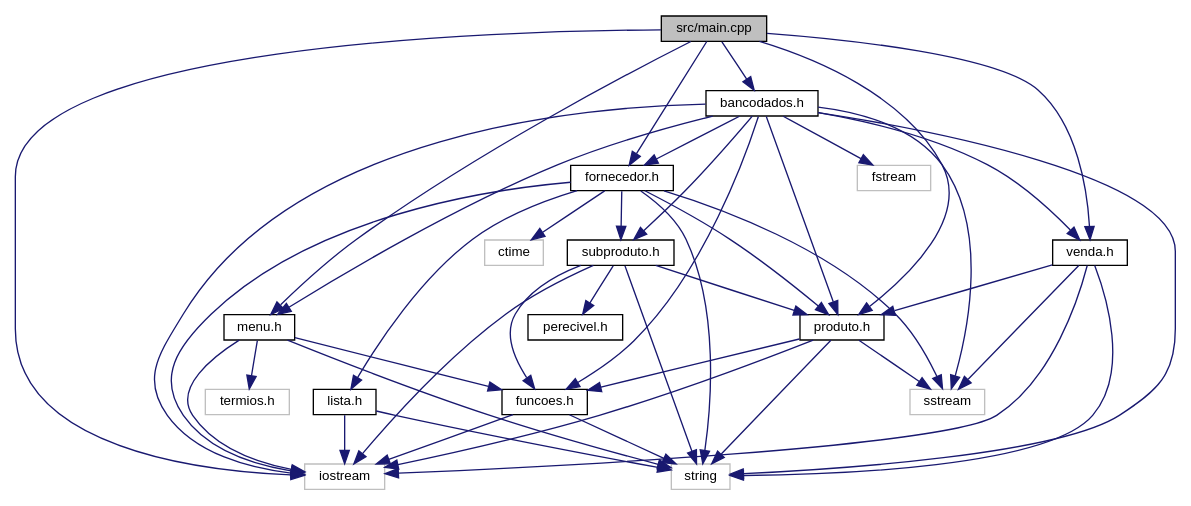
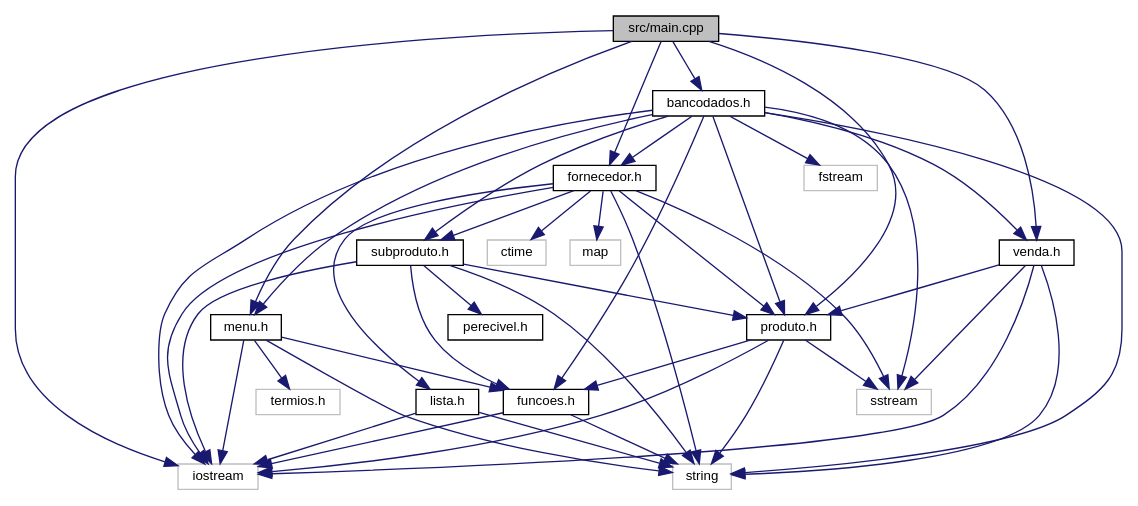
Before and after one commit to EduardoRique/Projeto3-lp1: the diagram in doc/main_8cpp__incl.dot, drawn with Graphviz. The commit also changed 101 other files, not shown here.

```diff
--- a/doc/main_8cpp__incl.dot
+++ b/doc/main_8cpp__incl.dot
@@ -1,65 +1,67 @@
 digraph "src/main.cpp"
 {
   edge [fontname="Helvetica",fontsize="10",labelfontname="Helvetica",labelfontsize="10"];
   node [fontname="Helvetica",fontsize="10",shape=record];
   Node1 [label="src/main.cpp",height=0.2,width=0.4,color="black", fillcolor="grey75", style="filled" fontcolor="black"];
   Node1 -> Node2 [color="midnightblue",fontsize="10",style="solid",fontname="Helvetica"];
   Node2 [label="iostream",height=0.2,width=0.4,color="grey75", fillcolor="white", style="filled"];
   Node1 -> Node3 [color="midnightblue",fontsize="10",style="solid",fontname="Helvetica"];
   Node3 [label="produto.h",height=0.2,width=0.4,color="black", fillcolor="white", style="filled",URL="$produto_8h.html",tooltip="Definição da classe Produto. "];
   Node3 -> Node2 [color="midnightblue",fontsize="10",style="solid",fontname="Helvetica"];
   Node3 -> Node4 [color="midnightblue",fontsize="10",style="solid",fontname="Helvetica"];
   Node4 [label="string",height=0.2,width=0.4,color="grey75", fillcolor="white", style="filled"];
   Node3 -> Node5 [color="midnightblue",fontsize="10",style="solid",fontname="Helvetica"];
   Node5 [label="sstream",height=0.2,width=0.4,color="grey75", fillcolor="white", style="filled"];
   Node3 -> Node6 [color="midnightblue",fontsize="10",style="solid",fontname="Helvetica"];
   Node6 [label="funcoes.h",height=0.2,width=0.4,color="black", fillcolor="white", style="filled",URL="$funcoes_8h.html",tooltip="Arquivo de cabeçalho com a definição de funções auxiliares para a entrada de dados. "];
   Node6 -> Node2 [color="midnightblue",fontsize="10",style="solid",fontname="Helvetica"];
   Node6 -> Node4 [color="midnightblue",fontsize="10",style="solid",fontname="Helvetica"];
   Node1 -> Node7 [color="midnightblue",fontsize="10",style="solid",fontname="Helvetica"];
   Node7 [label="fornecedor.h",height=0.2,width=0.4,color="black", fillcolor="white", style="filled",URL="$fornecedor_8h.html",tooltip="Definição da classe Fornecedor. "];
   Node7 -> Node2 [color="midnightblue",fontsize="10",style="solid",fontname="Helvetica"];
   Node7 -> Node8 [color="midnightblue",fontsize="10",style="solid",fontname="Helvetica"];
   Node8 [label="ctime",height=0.2,width=0.4,color="grey75", fillcolor="white", style="filled"];
+  Node7 -> Node9 [color="midnightblue",fontsize="10",style="solid",fontname="Helvetica"];
+  Node9 [label="map",height=0.2,width=0.4,color="grey75", fillcolor="white", style="filled"];
   Node7 -> Node4 [color="midnightblue",fontsize="10",style="solid",fontname="Helvetica"];
   Node7 -> Node5 [color="midnightblue",fontsize="10",style="solid",fontname="Helvetica"];
   Node7 -> Node3 [color="midnightblue",fontsize="10",style="solid",fontname="Helvetica"];
-  Node7 -> Node9 [color="midnightblue",fontsize="10",style="solid",fontname="Helvetica"];
-  Node9 [label="subproduto.h",height=0.2,width=0.4,color="black", fillcolor="white", style="filled",URL="$subproduto_8h.html",tooltip="Definição das classe derivadas de Produto. "];
-  Node9 -> Node2 [color="midnightblue",fontsize="10",style="solid",fontname="Helvetica"];
-  Node9 -> Node4 [color="midnightblue",fontsize="10",style="solid",fontname="Helvetica"];
-  Node9 -> Node3 [color="midnightblue",fontsize="10",style="solid",fontname="Helvetica"];
-  Node9 -> Node10 [color="midnightblue",fontsize="10",style="solid",fontname="Helvetica"];
-  Node10 [label="perecivel.h",height=0.2,width=0.4,color="black", fillcolor="white", style="filled",URL="$perecivel_8h.html",tooltip="Definição da classe Perecivel. "];
-  Node9 -> Node6 [color="midnightblue",fontsize="10",style="solid",fontname="Helvetica"];
-  Node7 -> Node11 [color="midnightblue",fontsize="10",style="solid",fontname="Helvetica"];
-  Node11 [label="lista.h",height=0.2,width=0.4,color="black", fillcolor="white", style="filled",URL="$lista_8h.html",tooltip="Definição da classe Lista. "];
-  Node11 -> Node2 [color="midnightblue",fontsize="10",style="solid",fontname="Helvetica"];
-  Node11 -> Node4 [color="midnightblue",fontsize="10",style="solid",fontname="Helvetica"];
-  Node1 -> Node12 [color="midnightblue",fontsize="10",style="solid",fontname="Helvetica"];
-  Node12 [label="menu.h",height=0.2,width=0.4,color="black", fillcolor="white", style="filled",URL="$menu_8h.html",tooltip="Arquivo de cabeçalho com a definição de funções para o menu. "];
+  Node7 -> Node10 [color="midnightblue",fontsize="10",style="solid",fontname="Helvetica"];
+  Node10 [label="subproduto.h",height=0.2,width=0.4,color="black", fillcolor="white", style="filled",URL="$subproduto_8h.html",tooltip="Definição das classe derivadas de Produto. "];
+  Node10 -> Node2 [color="midnightblue",fontsize="10",style="solid",fontname="Helvetica"];
+  Node10 -> Node4 [color="midnightblue",fontsize="10",style="solid",fontname="Helvetica"];
+  Node10 -> Node3 [color="midnightblue",fontsize="10",style="solid",fontname="Helvetica"];
+  Node10 -> Node11 [color="midnightblue",fontsize="10",style="solid",fontname="Helvetica"];
+  Node11 [label="perecivel.h",height=0.2,width=0.4,color="black", fillcolor="white", style="filled",URL="$perecivel_8h.html",tooltip="Definição da classe Perecivel. "];
+  Node10 -> Node6 [color="midnightblue",fontsize="10",style="solid",fontname="Helvetica"];
+  Node7 -> Node12 [color="midnightblue",fontsize="10",style="solid",fontname="Helvetica"];
+  Node12 [label="lista.h",height=0.2,width=0.4,color="black", fillcolor="white", style="filled",URL="$lista_8h.html",tooltip="Definição da classe Lista. "];
   Node12 -> Node2 [color="midnightblue",fontsize="10",style="solid",fontname="Helvetica"];
   Node12 -> Node4 [color="midnightblue",fontsize="10",style="solid",fontname="Helvetica"];
-  Node12 -> Node13 [color="midnightblue",fontsize="10",style="solid",fontname="Helvetica"];
-  Node13 [label="termios.h",height=0.2,width=0.4,color="grey75", fillcolor="white", style="filled"];
-  Node12 -> Node6 [color="midnightblue",fontsize="10",style="solid",fontname="Helvetica"];
-  Node1 -> Node14 [color="midnightblue",fontsize="10",style="solid",fontname="Helvetica"];
-  Node14 [label="bancodados.h",height=0.2,width=0.4,color="black", fillcolor="white", style="filled",URL="$bancodados_8h.html",tooltip="Arquivo de cabeçalho com a definição de funções para o controle dos dados. "];
-  Node14 -> Node2 [color="midnightblue",fontsize="10",style="solid",fontname="Helvetica"];
-  Node14 -> Node15 [color="midnightblue",fontsize="10",style="solid",fontname="Helvetica"];
-  Node15 [label="fstream",height=0.2,width=0.4,color="grey75", fillcolor="white", style="filled"];
-  Node14 -> Node4 [color="midnightblue",fontsize="10",style="solid",fontname="Helvetica"];
-  Node14 -> Node5 [color="midnightblue",fontsize="10",style="solid",fontname="Helvetica"];
-  Node14 -> Node7 [color="midnightblue",fontsize="10",style="solid",fontname="Helvetica"];
-  Node14 -> Node3 [color="midnightblue",fontsize="10",style="solid",fontname="Helvetica"];
-  Node14 -> Node9 [color="midnightblue",fontsize="10",style="solid",fontname="Helvetica"];
-  Node14 -> Node16 [color="midnightblue",fontsize="10",style="solid",fontname="Helvetica"];
-  Node16 [label="venda.h",height=0.2,width=0.4,color="black", fillcolor="white", style="filled",URL="$venda_8h.html",tooltip="Definição da classe Venda. "];
-  Node16 -> Node2 [color="midnightblue",fontsize="10",style="solid",fontname="Helvetica"];
-  Node16 -> Node4 [color="midnightblue",fontsize="10",style="solid",fontname="Helvetica"];
-  Node16 -> Node5 [color="midnightblue",fontsize="10",style="solid",fontname="Helvetica"];
-  Node16 -> Node3 [color="midnightblue",fontsize="10",style="solid",fontname="Helvetica"];
-  Node14 -> Node6 [color="midnightblue",fontsize="10",style="solid",fontname="Helvetica"];
-  Node14 -> Node12 [color="midnightblue",fontsize="10",style="solid",fontname="Helvetica"];
-  Node1 -> Node16 [color="midnightblue",fontsize="10",style="solid",fontname="Helvetica"];
+  Node1 -> Node13 [color="midnightblue",fontsize="10",style="solid",fontname="Helvetica"];
+  Node13 [label="menu.h",height=0.2,width=0.4,color="black", fillcolor="white", style="filled",URL="$menu_8h.html",tooltip="Arquivo de cabeçalho com a definição de funções para o menu. "];
+  Node13 -> Node2 [color="midnightblue",fontsize="10",style="solid",fontname="Helvetica"];
+  Node13 -> Node4 [color="midnightblue",fontsize="10",style="solid",fontname="Helvetica"];
+  Node13 -> Node14 [color="midnightblue",fontsize="10",style="solid",fontname="Helvetica"];
+  Node14 [label="termios.h",height=0.2,width=0.4,color="grey75", fillcolor="white", style="filled"];
+  Node13 -> Node6 [color="midnightblue",fontsize="10",style="solid",fontname="Helvetica"];
+  Node1 -> Node15 [color="midnightblue",fontsize="10",style="solid",fontname="Helvetica"];
+  Node15 [label="bancodados.h",height=0.2,width=0.4,color="black", fillcolor="white", style="filled",URL="$bancodados_8h.html",tooltip="Arquivo de cabeçalho com a definição de funções para o controle dos dados. "];
+  Node15 -> Node2 [color="midnightblue",fontsize="10",style="solid",fontname="Helvetica"];
+  Node15 -> Node16 [color="midnightblue",fontsize="10",style="solid",fontname="Helvetica"];
+  Node16 [label="fstream",height=0.2,width=0.4,color="grey75", fillcolor="white", style="filled"];
+  Node15 -> Node4 [color="midnightblue",fontsize="10",style="solid",fontname="Helvetica"];
+  Node15 -> Node5 [color="midnightblue",fontsize="10",style="solid",fontname="Helvetica"];
+  Node15 -> Node7 [color="midnightblue",fontsize="10",style="solid",fontname="Helvetica"];
+  Node15 -> Node3 [color="midnightblue",fontsize="10",style="solid",fontname="Helvetica"];
+  Node15 -> Node10 [color="midnightblue",fontsize="10",style="solid",fontname="Helvetica"];
+  Node15 -> Node17 [color="midnightblue",fontsize="10",style="solid",fontname="Helvetica"];
+  Node17 [label="venda.h",height=0.2,width=0.4,color="black", fillcolor="white", style="filled",URL="$venda_8h.html",tooltip="Definição da classe Venda. "];
+  Node17 -> Node2 [color="midnightblue",fontsize="10",style="solid",fontname="Helvetica"];
+  Node17 -> Node4 [color="midnightblue",fontsize="10",style="solid",fontname="Helvetica"];
+  Node17 -> Node5 [color="midnightblue",fontsize="10",style="solid",fontname="Helvetica"];
+  Node17 -> Node3 [color="midnightblue",fontsize="10",style="solid",fontname="Helvetica"];
+  Node15 -> Node6 [color="midnightblue",fontsize="10",style="solid",fontname="Helvetica"];
+  Node15 -> Node13 [color="midnightblue",fontsize="10",style="solid",fontname="Helvetica"];
+  Node1 -> Node17 [color="midnightblue",fontsize="10",style="solid",fontname="Helvetica"];
 }
```
